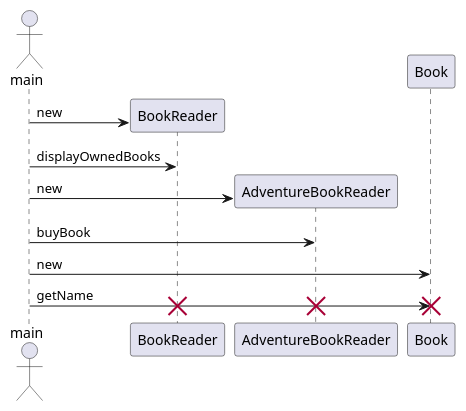
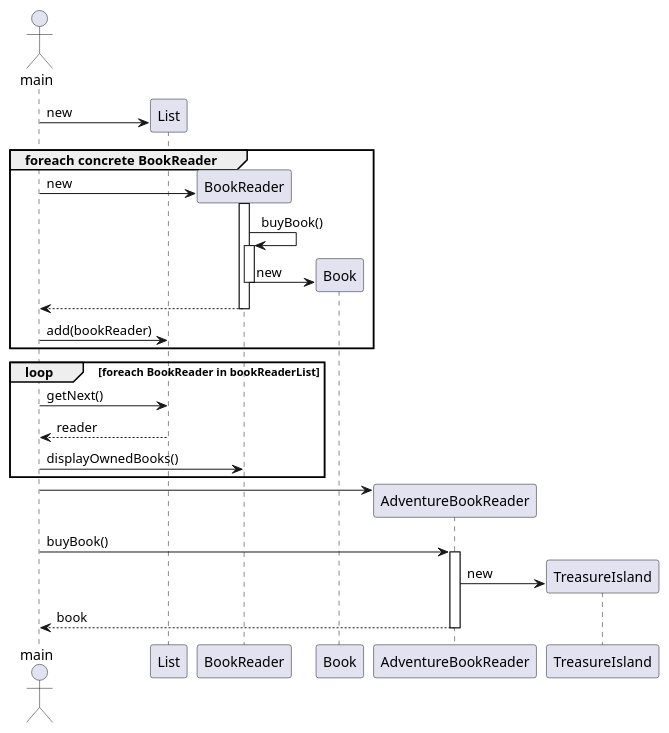
Before and after one commit to BeqaKhaburdzania/FreeUni-SDP-2013-Lab-UML: the diagram in FactoryMethod/uml/SequenceDiagram.puml, drawn with PlantUML.

Commit message:
Diagram was reworked completely.

```diff
--- a/FactoryMethod/uml/SequenceDiagram.puml
+++ b/FactoryMethod/uml/SequenceDiagram.puml
@@ -1,23 +1,39 @@
 @startuml
 
 	actor main
 
-	create BookReader
-	main -> BookReader : new
+ 	create List
+ 	main -> List : new
+
+    group foreach concrete BookReader 	
+	 	create BookReader
+	 	main -> BookReader : new
+	 	activate BookReader
+	 	BookReader -> BookReader : buyBook()
+	 	activate BookReader
+	 	create Book
+	 	BookReader->Book:new
+	 	deactivate BookReader
+	 	BookReader --> main
+	 	deactivate BookReader
+	 	main -> List : add(bookReader)
+	end
 	
-	main -> BookReader : displayOwnedBooks
+ 	loop foreach BookReader in bookReaderList
+ 		main-> List : getNext()
+ 		List --> main : reader
+ 		main -> "BookReader" : displayOwnedBooks()
+ 	end
+
+	create AdventureBookReader
+	main -> AdventureBookReader
 	
-	create AdventureBookReader
-	main -> AdventureBookReader : new
+	main -> AdventureBookReader : buyBook()
+	activate AdventureBookReader
 	
-	main -> AdventureBookReader : buyBook
-	
-	main -> Book : new
-	main -> Book : getName
-	
-	
-	destroy Book
-	destroy AdventureBookReader
-	destroy BookReader
+	create TreasureIsland 
+	AdventureBookReader -> TreasureIsland : new
+	AdventureBookReader --> main : book
+	deactivate AdventureBookReader
 
 @enduml
```
